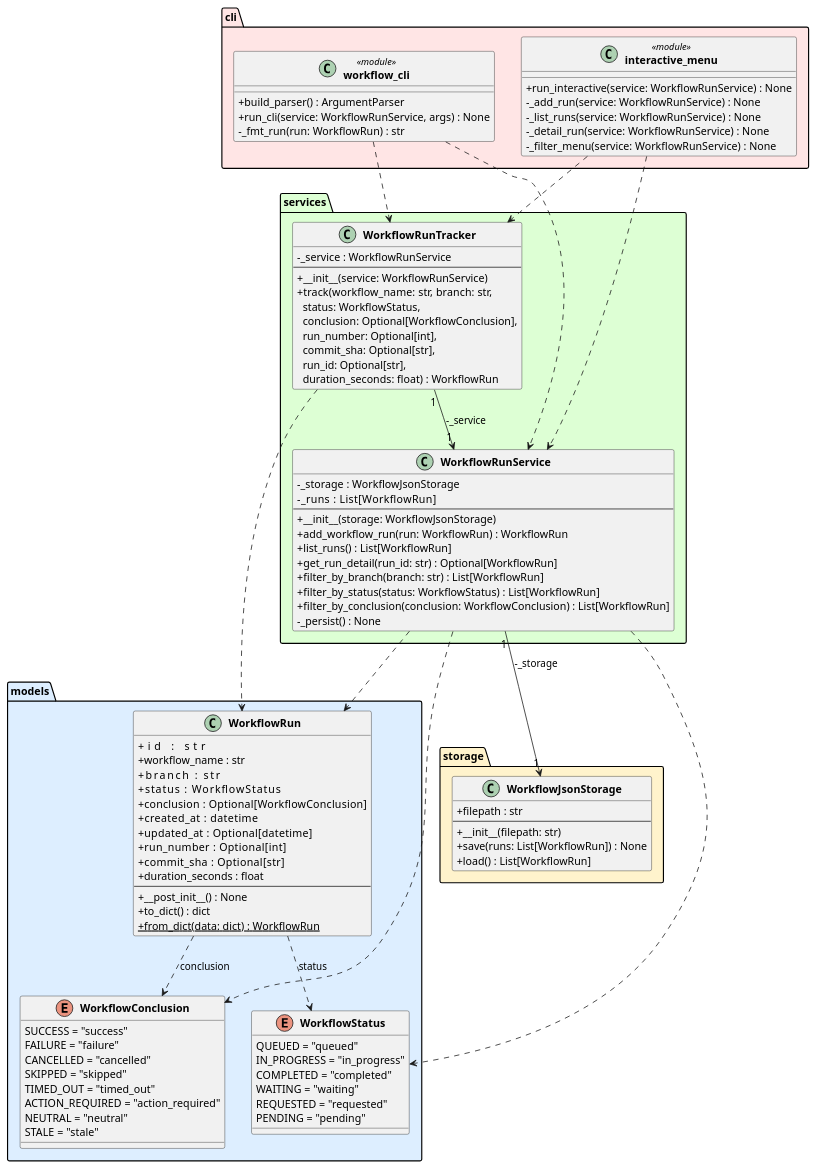
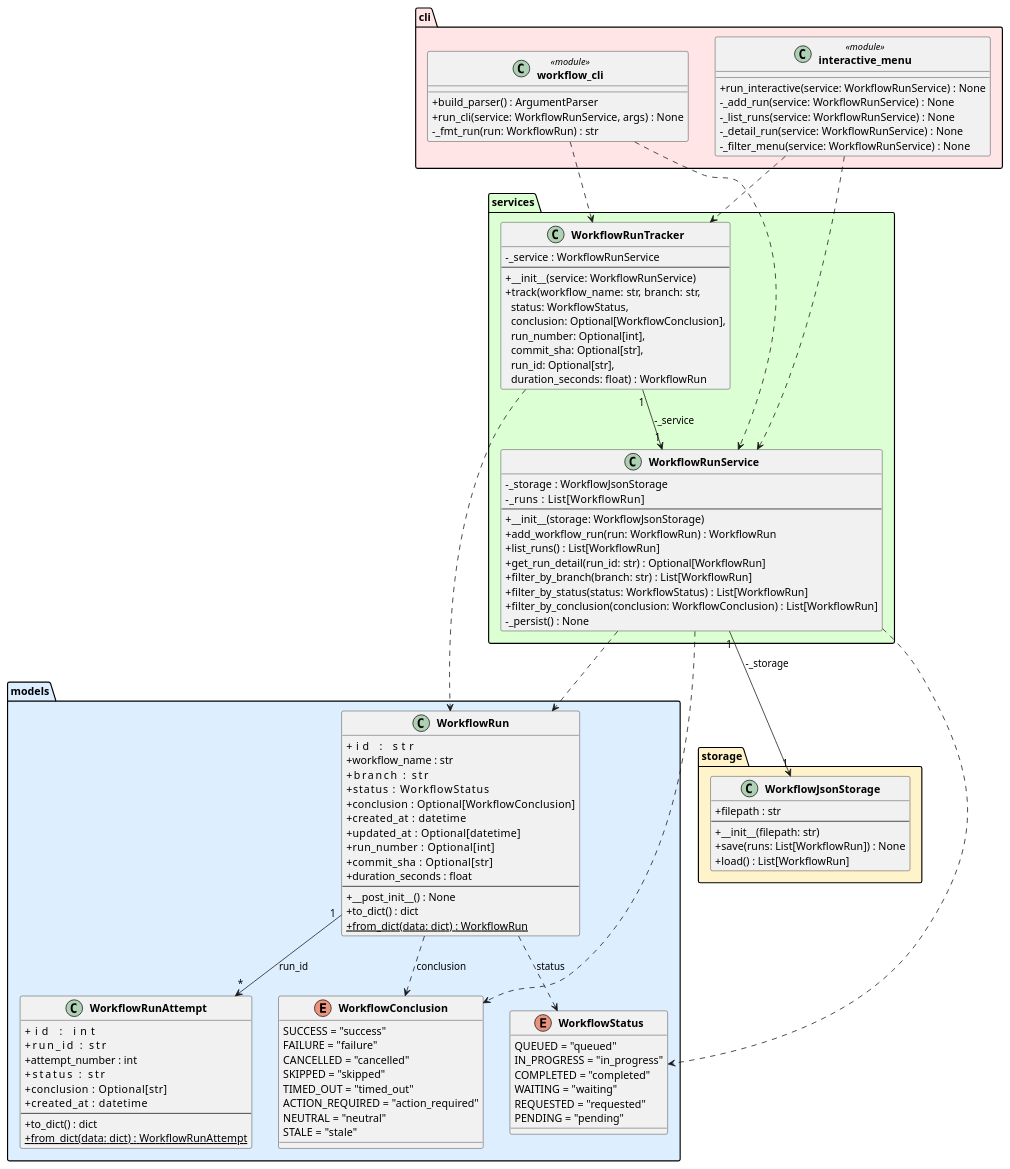
The diagram in experiments/supervisor_as_tools/structured_text/github-workflow-manager/artifacts/class_diagram.puml (DanielRiha8906/Software_autoevolution_using_agents), drawn with PlantUML before and after one commit. The commit also changed 5 other files, not shown here.

First line of the commit message:
task 03: Create WorkflowRunAttempt class with serialization support

```diff
--- a/experiments/supervisor_as_tools/structured_text/github-workflow-manager/artifacts/class_diagram.puml
+++ b/experiments/supervisor_as_tools/structured_text/github-workflow-manager/artifacts/class_diagram.puml
@@ -1,107 +1,120 @@
 @startuml class_diagram
 
 skinparam classAttributeIconSize 0
 skinparam classFontStyle bold
 
 package "models" #DDEEFF {
     enum WorkflowStatus {
         QUEUED = "queued"
         IN_PROGRESS = "in_progress"
         COMPLETED = "completed"
         WAITING = "waiting"
         REQUESTED = "requested"
         PENDING = "pending"
     }
 
     enum WorkflowConclusion {
         SUCCESS = "success"
         FAILURE = "failure"
         CANCELLED = "cancelled"
         SKIPPED = "skipped"
         TIMED_OUT = "timed_out"
         ACTION_REQUIRED = "action_required"
         NEUTRAL = "neutral"
         STALE = "stale"
     }
 
     class WorkflowRun {
         +id            : str
         +workflow_name : str
         +branch        : str
         +status        : WorkflowStatus
         +conclusion    : Optional[WorkflowConclusion]
         +created_at    : datetime
         +updated_at    : Optional[datetime]
         +run_number    : Optional[int]
         +commit_sha    : Optional[str]
         +duration_seconds : float
         --
         +__post_init__() : None
         +to_dict() : dict
         +{static} from_dict(data: dict) : WorkflowRun
+    }
+
+    class WorkflowRunAttempt {
+        +id             : int
+        +run_id         : str
+        +attempt_number : int
+        +status         : str
+        +conclusion     : Optional[str]
+        +created_at     : datetime
+        --
+        +to_dict() : dict
+        +{static} from_dict(data: dict) : WorkflowRunAttempt
     }
 }
 
 package "storage" #FFF3CC {
     class WorkflowJsonStorage {
         +filepath : str
         --
         +__init__(filepath: str)
         +save(runs: List[WorkflowRun]) : None
         +load() : List[WorkflowRun]
     }
 }
 
 package "services" #DDFFD4 {
     class WorkflowRunService {
         -_storage : WorkflowJsonStorage
         -_runs    : List[WorkflowRun]
         --
         +__init__(storage: WorkflowJsonStorage)
         +add_workflow_run(run: WorkflowRun) : WorkflowRun
         +list_runs() : List[WorkflowRun]
         +get_run_detail(run_id: str) : Optional[WorkflowRun]
         +filter_by_branch(branch: str) : List[WorkflowRun]
         +filter_by_status(status: WorkflowStatus) : List[WorkflowRun]
         +filter_by_conclusion(conclusion: WorkflowConclusion) : List[WorkflowRun]
         -_persist() : None
     }
 
     class WorkflowRunTracker {
         -_service : WorkflowRunService
         --
         +__init__(service: WorkflowRunService)
         +track(workflow_name: str, branch: str,\n  status: WorkflowStatus,\n  conclusion: Optional[WorkflowConclusion],\n  run_number: Optional[int],\n  commit_sha: Optional[str],\n  run_id: Optional[str],\n  duration_seconds: float) : WorkflowRun
     }
 }
 
 package "cli" #FFE5E5 {
     class "workflow_cli" <<module>> {
         +build_parser() : ArgumentParser
         +run_cli(service: WorkflowRunService, args) : None
         -_fmt_run(run: WorkflowRun) : str
     }
 
     class "interactive_menu" <<module>> {
         +run_interactive(service: WorkflowRunService) : None
         -_add_run(service: WorkflowRunService) : None
         -_list_runs(service: WorkflowRunService) : None
         -_detail_run(service: WorkflowRunService) : None
         -_filter_menu(service: WorkflowRunService) : None
     }
 }
 
 WorkflowRun                ..>  WorkflowStatus        : status
 WorkflowRun                ..>  WorkflowConclusion    : conclusion
+WorkflowRun            "1" --> "*" WorkflowRunAttempt  : run_id
 WorkflowRunService    "1" --> "1" WorkflowJsonStorage : -_storage
 WorkflowRunService         ..>  WorkflowRun
 WorkflowRunService         ..>  WorkflowStatus
 WorkflowRunService         ..>  WorkflowConclusion
 WorkflowRunTracker    "1" --> "1" WorkflowRunService  : -_service
 WorkflowRunTracker         ..>  WorkflowRun
 "workflow_cli"             ..>  WorkflowRunService
 "workflow_cli"             ..>  WorkflowRunTracker
 "interactive_menu"         ..>  WorkflowRunService
 "interactive_menu"         ..>  WorkflowRunTracker
 
 @enduml
```
